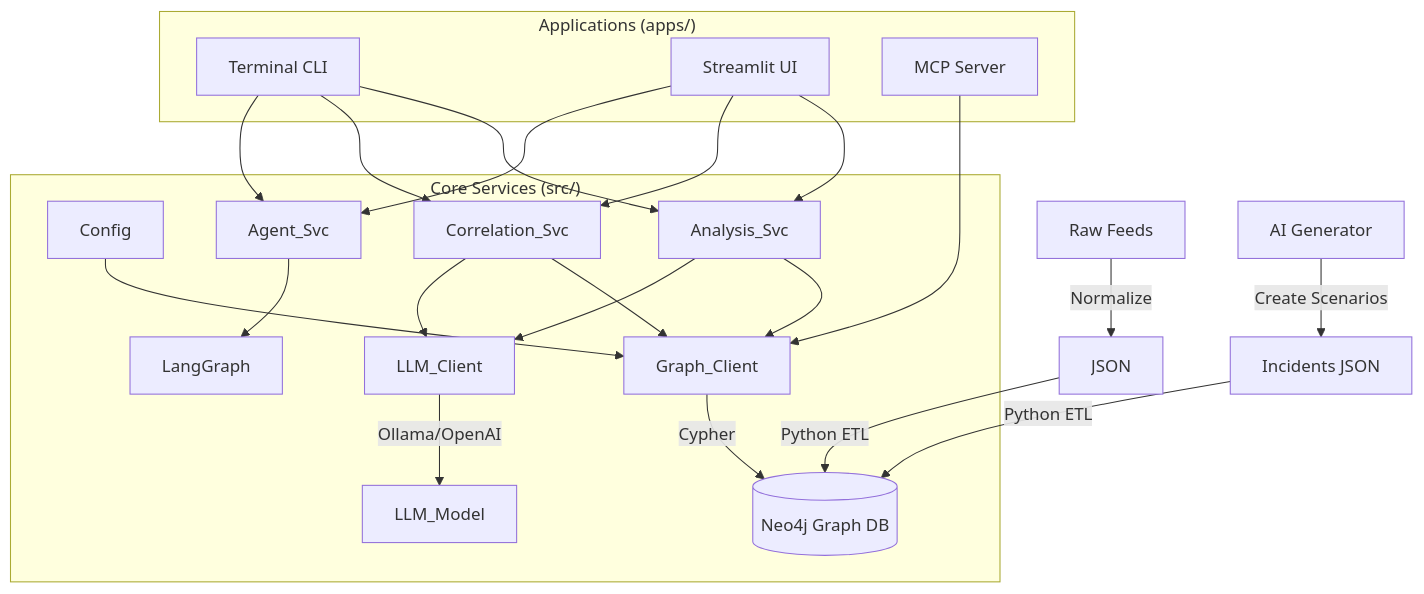
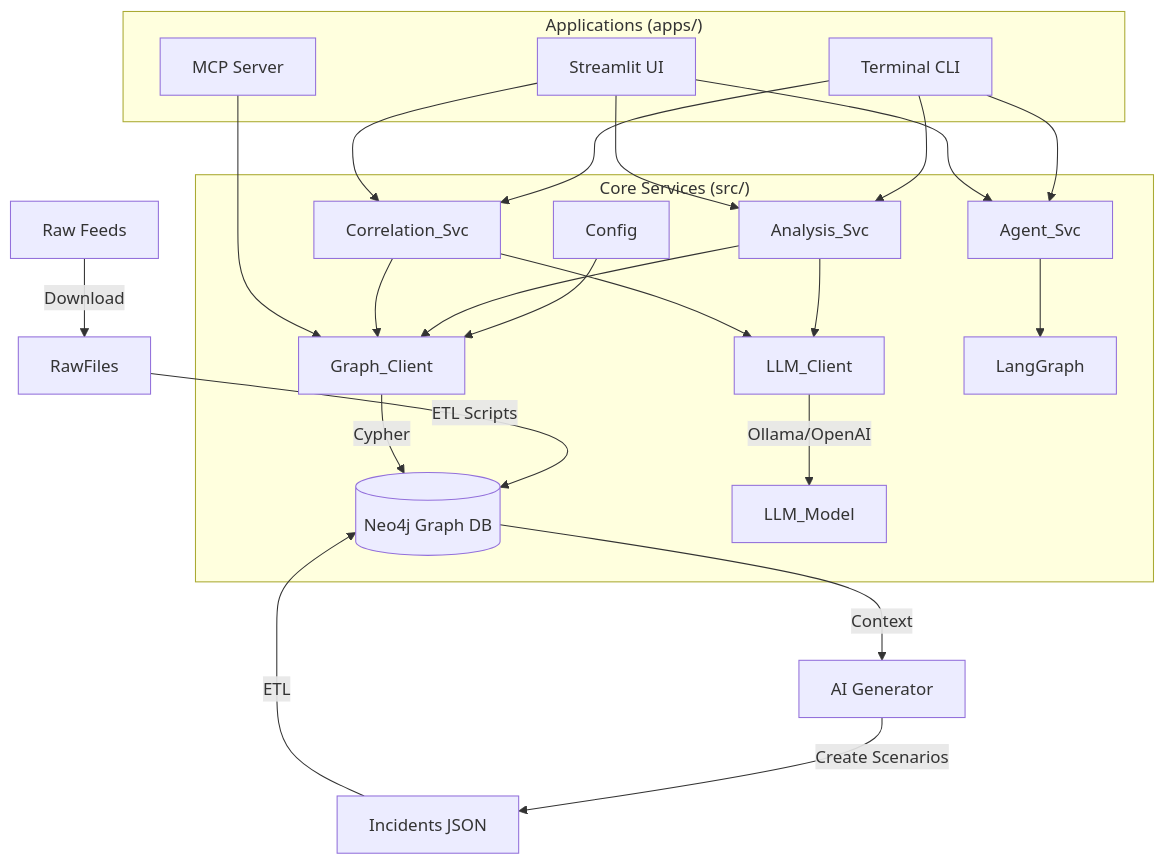
One commit to seonwookim92/Cyber-Ontology-INtelligence changed the diagram in README.md. Above: the diagram before and after it, drawn with Mermaid. The commit also changed other lines of this file and 4 other files, not shown here.

````diff
--- a/README.md
+++ b/README.md
@@ -44,22 +53,24 @@
 ```mermaid
 graph TD
-    Data[Raw Feeds] -->|Normalize| JSON
-    Gen[AI Generator] -->|Create Scenarios| Incidents[Incidents JSON]
-    JSON & Incidents -->|Python ETL| Neo4j[(Neo4j Graph DB)]
+    Data[Raw Feeds] -->|Download| RawFiles
+    RawFiles -->|ETL Scripts| Neo4j[(Neo4j Graph DB)]
+    Neo4j -->|Context| Gen[AI Generator]
+    Gen -->|Create Scenarios| Incidents[Incidents JSON]
+    Incidents -->|ETL| Neo4j
     
     subgraph "Core Services (src/)"
         Config --> Graph_Client
         Graph_Client -->|Cypher| Neo4j
         LLM_Client -->|Ollama/OpenAI| LLM_Model
         
         Analysis_Svc --> Graph_Client & LLM_Client
         Correlation_Svc --> Graph_Client & LLM_Client
         Agent_Svc --> LangGraph
     end
     
     subgraph "Applications (apps/)"
         CLI[Terminal CLI] --> Analysis_Svc & Correlation_Svc & Agent_Svc
         WebUI[Streamlit UI] --> Analysis_Svc & Correlation_Svc & Agent_Svc
         MCP[MCP Server] --> Graph_Client
     end
 ```
````
